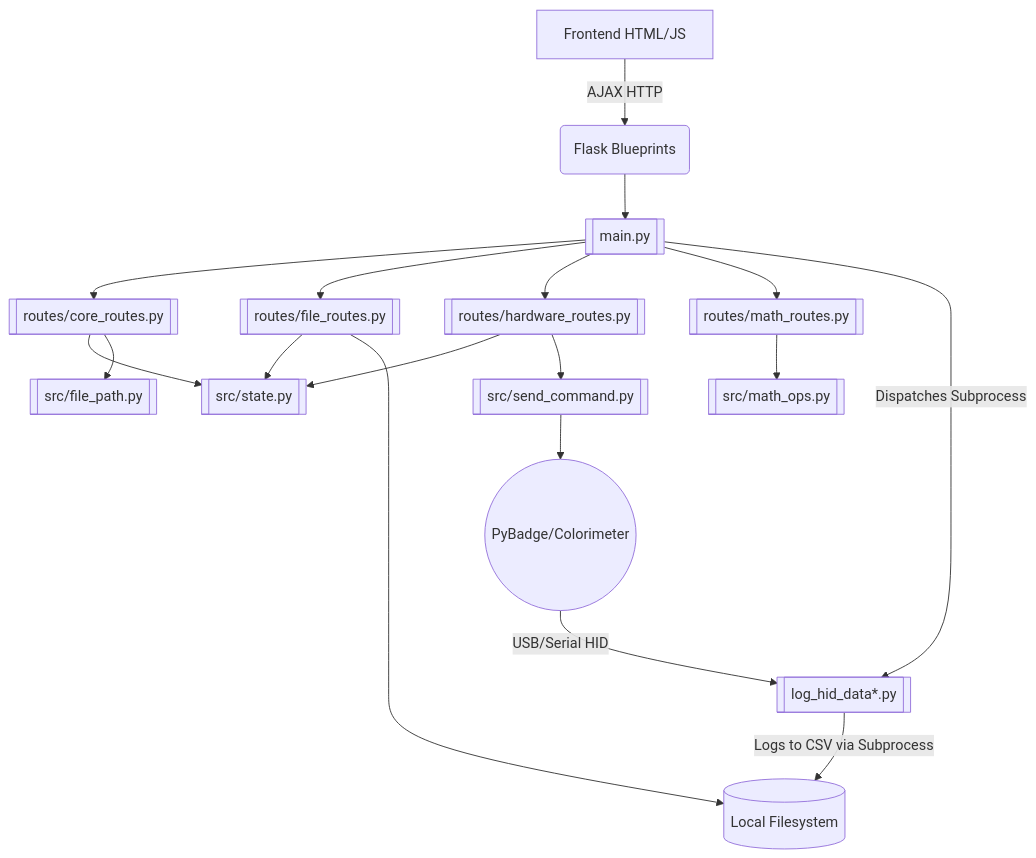
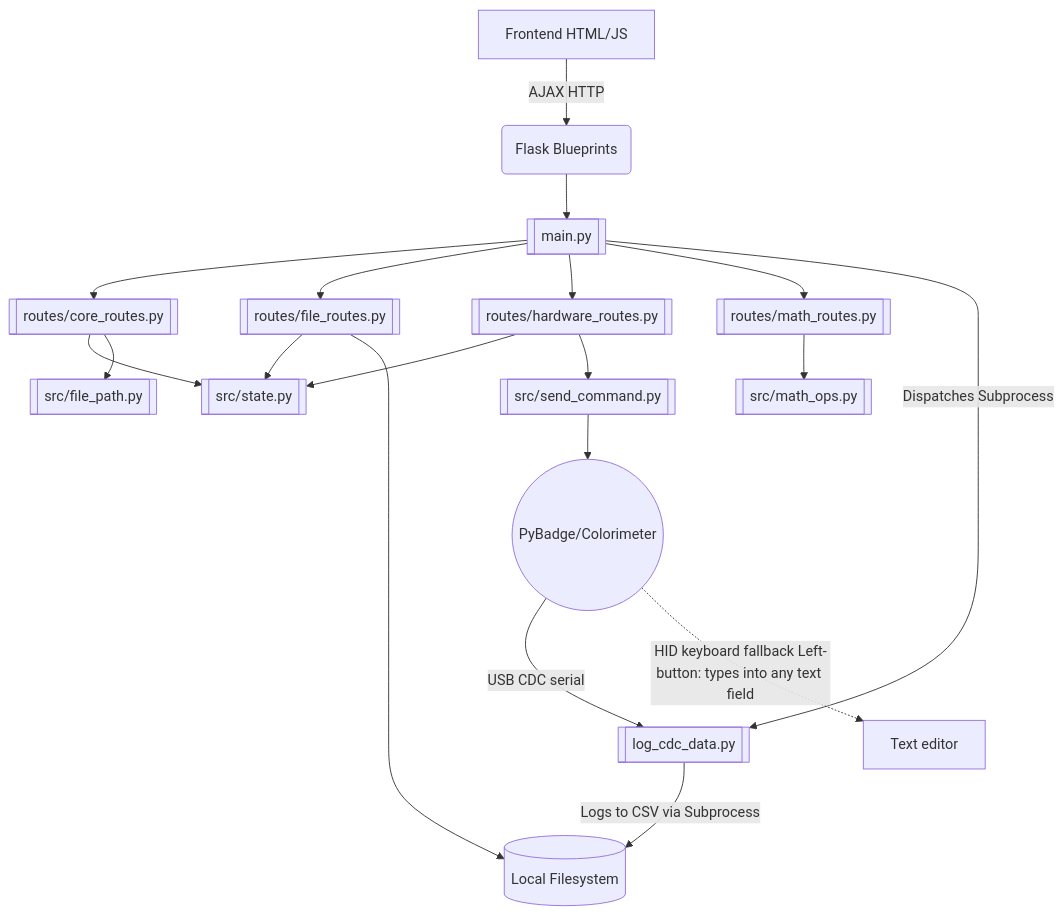
One commit to Promethees/microalbumin-Flask changed the diagram in easyokapi-knowledge/EASY OKAPI.md. Above: the diagram before and after it, drawn with Mermaid. The commit also changed other lines of this file and 15 other files, not shown here.

Commit message:
Remove unused HID logger scripts and deps; update docs/installers

````diff
--- a/easyokapi-knowledge/EASY OKAPI.md
+++ b/easyokapi-knowledge/EASY OKAPI.md
@@ -18,25 +18,26 @@
 ```mermaid
 graph TD
-    Device((PyBadge/Colorimeter)) -->|USB/Serial HID| Logger[[log_hid_data*.py]]
+    Device((PyBadge/Colorimeter)) -->|USB CDC serial| Logger[[log_cdc_data.py]]
+    Device -. HID keyboard fallback Left-button: types into any text field .-> Editor[Text editor]
     Logger -->|Logs to CSV via Subprocess| FileSys[(Local Filesystem)]
     
     UI[Frontend HTML/JS] -->|AJAX HTTP| API(Flask Blueprints)
     
     API --> Main[[main.py]]
     
     Main --> CoreBP[[routes/core_routes.py]]
     Main --> FileBP[[routes/file_routes.py]]
     Main --> HardBP[[routes/hardware_routes.py]]
     Main --> MathBP[[routes/math_routes.py]]
 
     CoreBP --> State[[src/state.py]]
     FileBP --> State
     HardBP --> State
     MathBP --> MathOps[[src/math_ops.py]]
 
     FileBP --> FileSys
     CoreBP --> PathMgmt[[src/file_path.py]]
     HardBP --> Hardware[[src/send_command.py]]
     Hardware --> Device
     Main -->|Dispatches Subprocess| Logger
 ```
````
